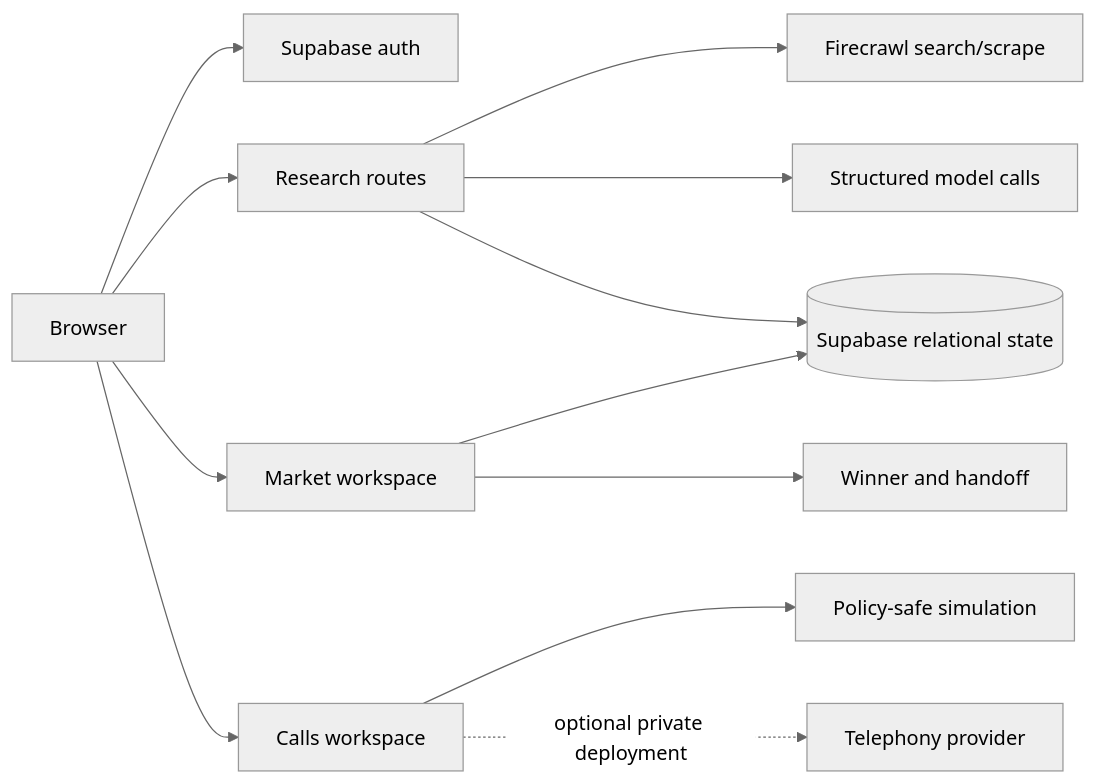
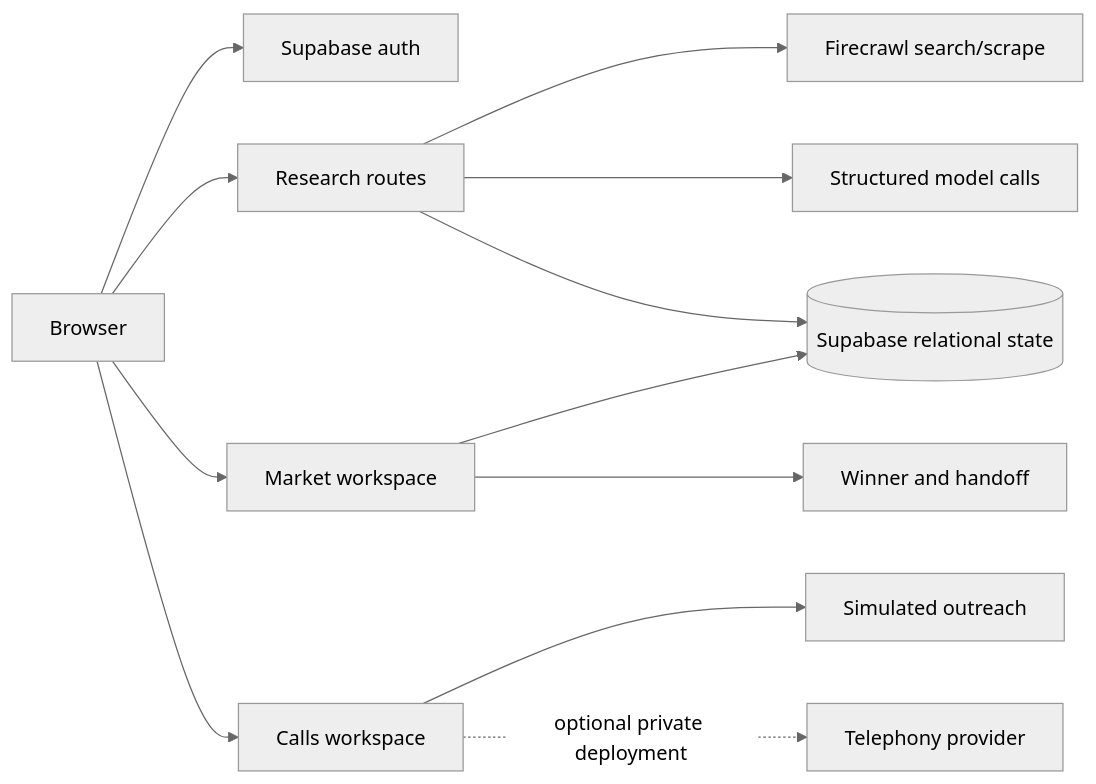
Before and after one commit to czarflix/switchboard-market-ops: the diagram in ARCHITECTURE.md, drawn with Mermaid (neutral theme). The commit also changed other lines of this file and 22 other files, not shown here.

````diff
--- a/ARCHITECTURE.md
+++ b/ARCHITECTURE.md
@@ -5,14 +5,14 @@
 ```mermaid
 flowchart LR
     B[Browser] --> AUTH[Supabase auth]
     B --> R[Research routes]
     R --> WEB[Firecrawl search/scrape]
     R --> LLM[Structured model calls]
     R --> DB[(Supabase relational state)]
     B --> M[Market workspace]
     M --> DB
     B --> C[Calls workspace]
-    C --> SIM[Policy-safe simulation]
+    C --> SIM[Simulated outreach]
     C -. optional private deployment .-> TEL[Telephony provider]
     M --> W[Winner and handoff]
 ```
````
